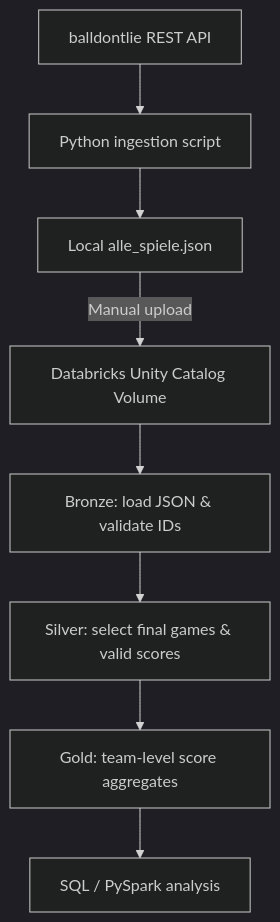
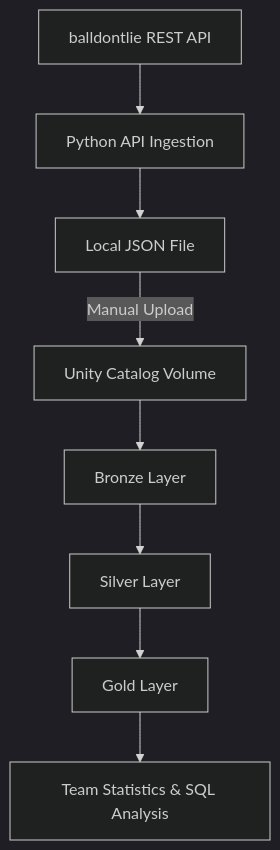
The diagram in README.md (TimRabus/nba-data-engineering-pipeline), drawn with Mermaid (dark theme) before and after one commit. The commit also changed other lines of this file, not shown here.

````diff
--- a/README.md
+++ b/README.md
@@ -13,10 +23,10 @@
 ```mermaid
 flowchart TD
-    A[balldontlie REST API] --> B[Python ingestion script]
-    B --> C[Local alle_spiele.json]
-    C -->|Manual upload| D[Databricks Unity Catalog Volume]
-    D --> E[Bronze: load JSON & validate IDs]
-    E --> F[Silver: select final games & valid scores]
-    F --> G[Gold: team-level score aggregates]
-    G --> H[SQL / PySpark analysis]
+    A[balldontlie REST API] --> B[Python API Ingestion]
+    B --> C[Local JSON File]
+    C -->|Manual Upload| D[Unity Catalog Volume]
+    D --> E[Bronze Layer]
+    E --> F[Silver Layer]
+    F --> G[Gold Layer]
+    G --> H[Team Statistics & SQL Analysis]
 ```
````
